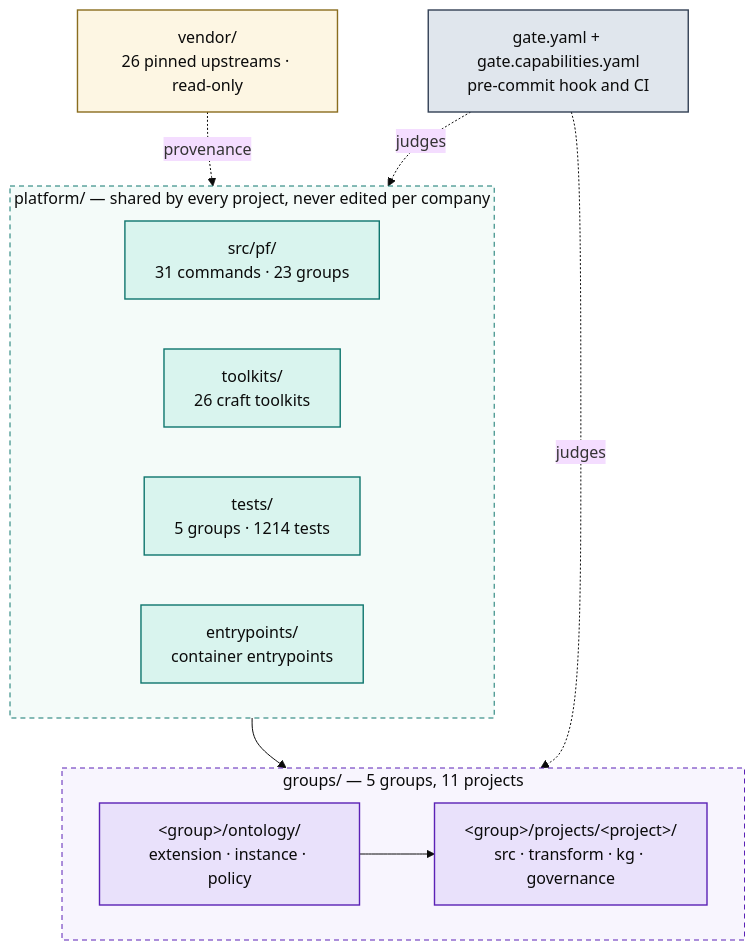
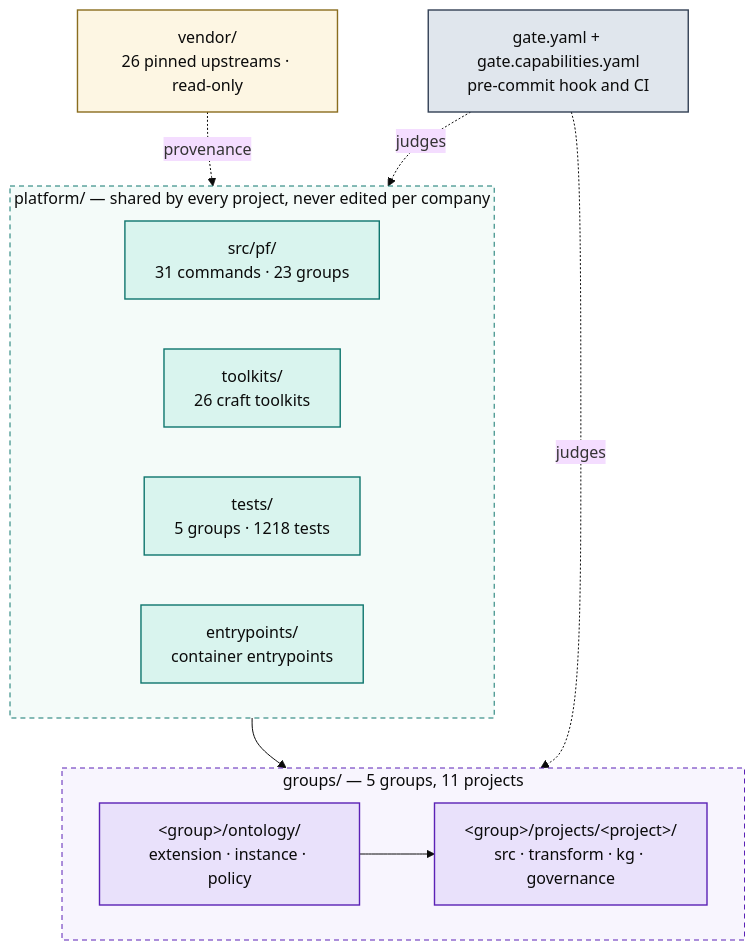
One commit to Atomz-org/data-platform changed the first of 5 diagrams in docs/ARCHITECTURE.md. Above: the diagram before and after it, drawn with Mermaid (base theme). The commit also changed other lines of this file and 7 other files, not shown here.

````diff
--- a/docs/ARCHITECTURE.md
+++ b/docs/ARCHITECTURE.md
@@ -15,36 +15,36 @@
 ```mermaid
 flowchart TB
   subgraph SHARED["platform/ — shared by every project, never edited per company"]
     direction LR
     ENG["src/pf/<br/>31 commands · 23 groups"]
     TK["toolkits/<br/>26 craft toolkits"]
-    TST["tests/<br/>5 groups · 1214 tests"]
+    TST["tests/<br/>5 groups · 1218 tests"]
     ENT["entrypoints/<br/>container entrypoints"]
   end
 
   subgraph ENTITIES["groups/ — 5 groups, 11 projects"]
     direction LR
     GRP["&lt;group&gt;/ontology/<br/>extension · instance · policy"]
     PRJ["&lt;group&gt;/projects/&lt;project&gt;/<br/>src · transform · kg · governance"]
     GRP --> PRJ
   end
 
   VEN["vendor/<br/>26 pinned upstreams · read-only"]
   GATE["gate.yaml + gate.capabilities.yaml<br/>pre-commit hook and CI"]
 
   SHARED --> ENTITIES
   VEN -.provenance.-> SHARED
   GATE -.judges.-> ENTITIES
   GATE -.judges.-> SHARED
 
   classDef code fill:#d9f4ee,stroke:#0f766e,stroke-width:1.4px,color:#0b0b0b
   classDef data fill:#e9e1fb,stroke:#5b21b6,stroke-width:1.4px,color:#0b0b0b
   classDef gov fill:#e0e6ed,stroke:#334155,stroke-width:1.4px,color:#0b0b0b
   classDef ext fill:#fdf6e3,stroke:#8a6d1f,stroke-width:1.4px,color:#0b0b0b
   class ENG,TK,TST,ENT code
   class GRP,PRJ data
   class GATE gov
   class VEN ext
   style SHARED fill:#f4fbf9,stroke:#0f766e,stroke-dasharray:5 4,color:#0b0b0b
   style ENTITIES fill:#f8f5fe,stroke:#5b21b6,stroke-dasharray:5 4,color:#0b0b0b
 ```
````
